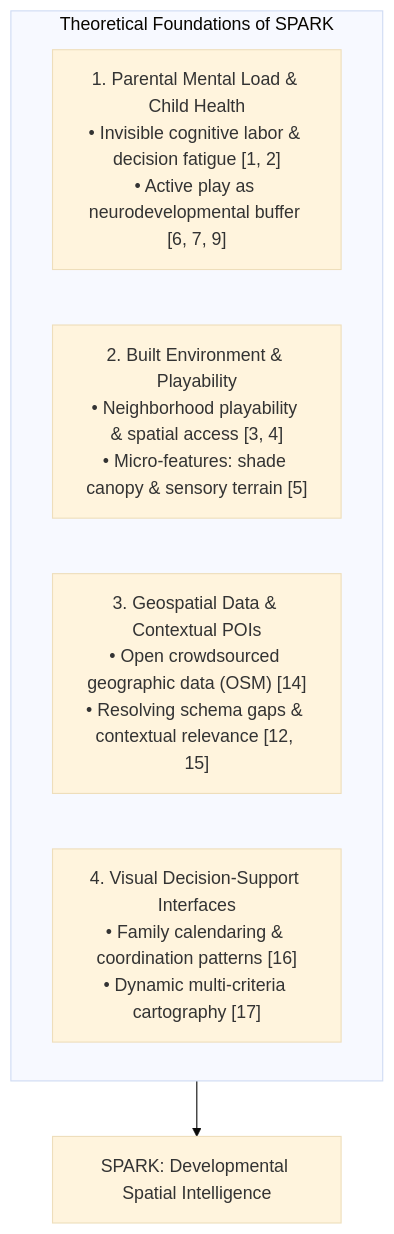
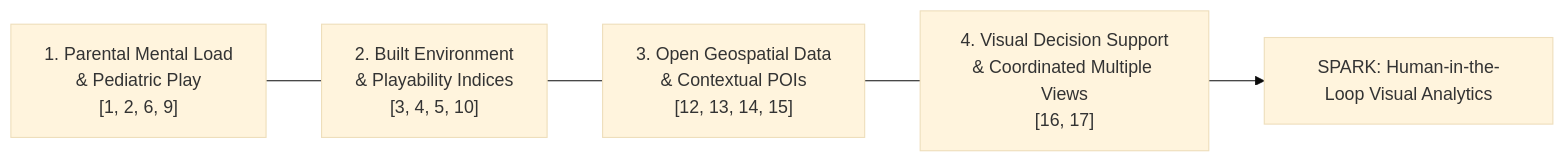
Before and after one commit to manoj-android/cse-6242-project: the first of 3 diagrams in projectwork/docs/progress_report.md, drawn with Mermaid (base theme). The commit also changed other lines of this file and 1 other file, not shown here.

````diff
--- a/projectwork/docs/progress_report.md
+++ b/projectwork/docs/progress_report.md
@@ -79,10 +43,7 @@
 ```mermaid
-flowchart TD
-    subgraph Pillars["Theoretical Foundations of SPARK"]
-        P1["1. Parental Mental Load & Child Health<br>• Invisible cognitive labor & decision fatigue [1, 2]<br>• Active play as neurodevelopmental buffer [6, 7, 9]"]
-        P2["2. Built Environment & Playability<br>• Neighborhood playability & spatial access [3, 4]<br>• Micro-features: shade canopy & sensory terrain [5]"]
-        P3["3. Geospatial Data & Contextual POIs<br>• Open crowdsourced geographic data (OSM) [14]<br>• Resolving schema gaps & contextual relevance [12, 15]"]
-        P4["4. Visual Decision-Support Interfaces<br>• Family calendaring & coordination patterns [16]<br>• Dynamic multi-criteria cartography [17]"]
-    end
-    Pillars --> UNIFIED["SPARK: Developmental Spatial Intelligence"]
+flowchart LR
+    P1["1. Parental Mental Load<br>& Pediatric Play<br>[1, 2, 6, 9]"] --- P2["2. Built Environment<br>& Playability Indices<br>[3, 4, 5, 10]"]
+    P2 --- P3["3. Open Geospatial Data<br>& Contextual POIs<br>[12, 13, 14, 15]"]
+    P3 --- P4["4. Visual Decision Support<br>& Coordinated Multiple Views<br>[16, 17]"]
+    P4 --> UNIFIED["SPARK: Human-in-the-Loop Visual Analytics"]
 ```
````
